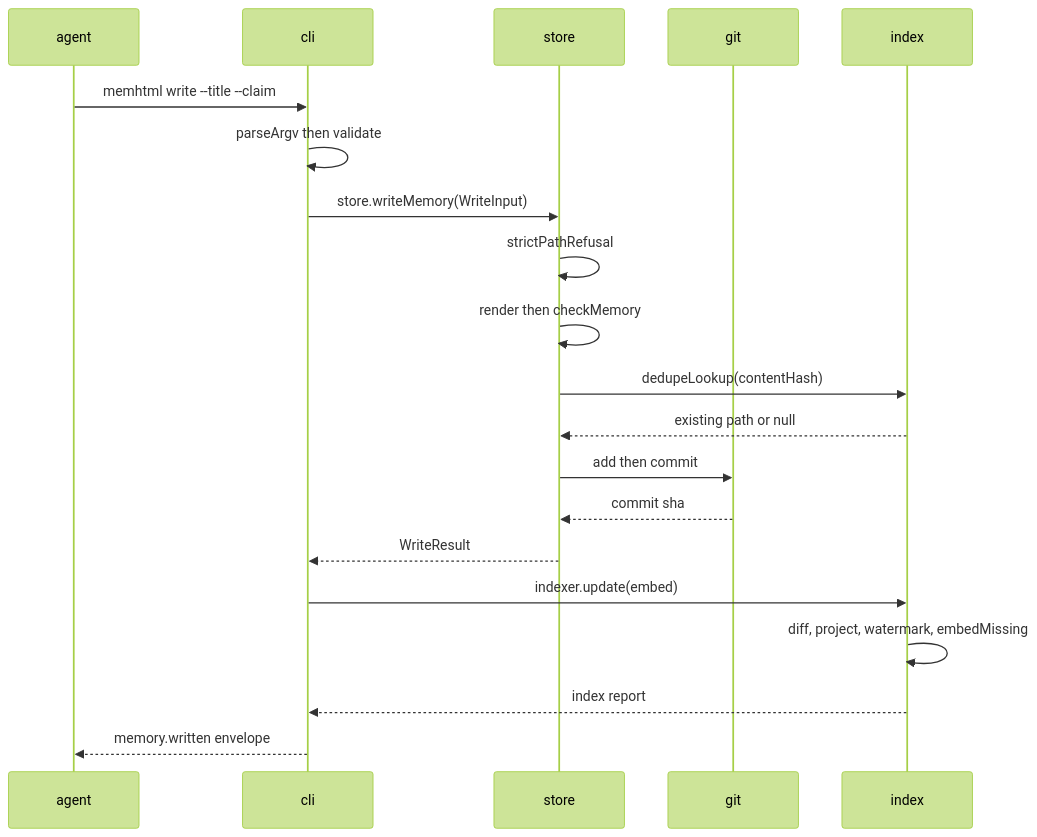
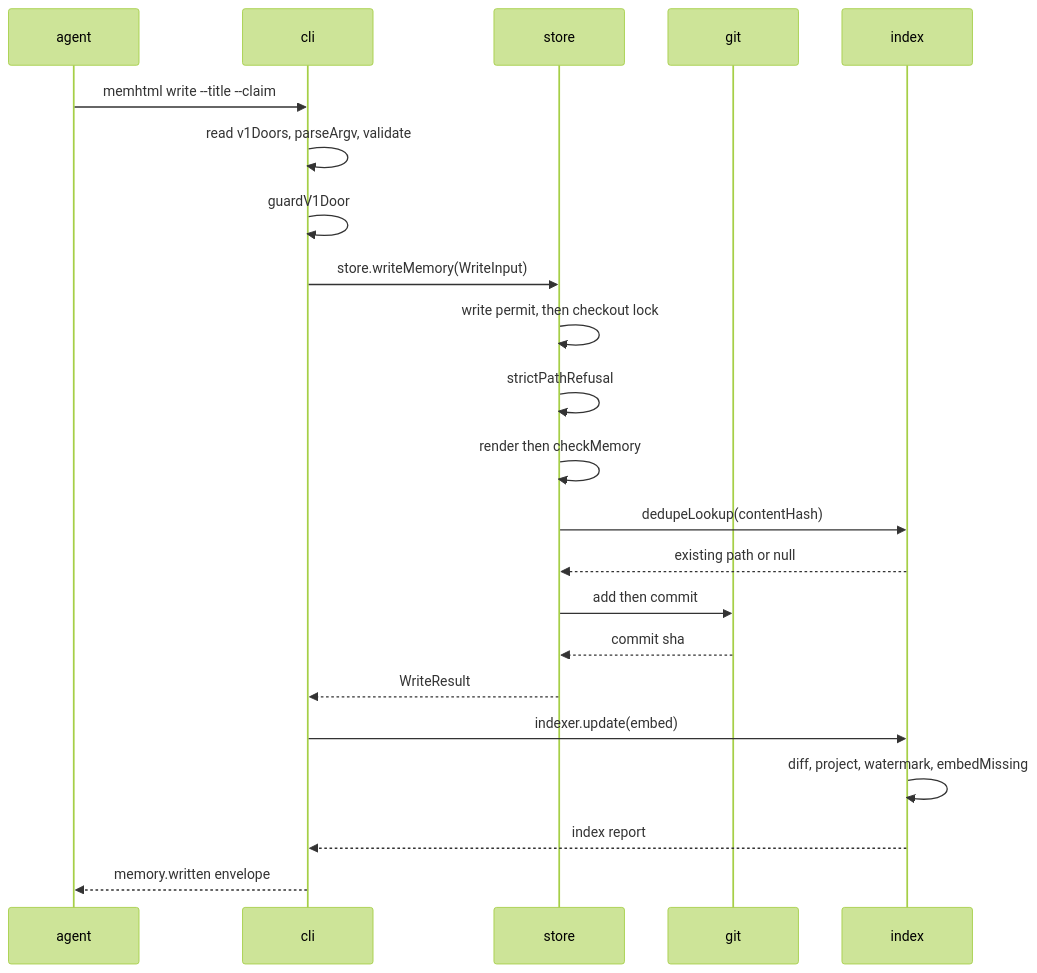
The first of 5 diagrams in docs/architecture/data-flow.md (memhtml/memhtml), drawn with Mermaid (forest theme) before and after one commit. The commit also changed other lines of this file and 19 other files, not shown here.

First line of the commit message:
docs: bring the reference, behavior, architecture, diagram, and insight pages in line with 0.16.0

````diff
--- a/docs/architecture/data-flow.md
+++ b/docs/architecture/data-flow.md
@@ -44,22 +45,24 @@
 ```mermaid
 sequenceDiagram
   participant agent
   participant cli
   participant store
   participant git
   participant index
   agent->>cli: memhtml write --title --claim
-  cli->>cli: parseArgv then validate
+  cli->>cli: read v1Doors, parseArgv, validate
+  cli->>cli: guardV1Door
   cli->>store: store.writeMemory(WriteInput)
+  store->>store: write permit, then checkout lock
   store->>store: strictPathRefusal
   store->>store: render then checkMemory
   store->>index: dedupeLookup(contentHash)
   index-->>store: existing path or null
   store->>git: add then commit
   git-->>store: commit sha
   store-->>cli: WriteResult
   cli->>index: indexer.update(embed)
   index->>index: diff, project, watermark, embedMissing
   index-->>cli: index report
   cli-->>agent: memory.written envelope
 ```
````
